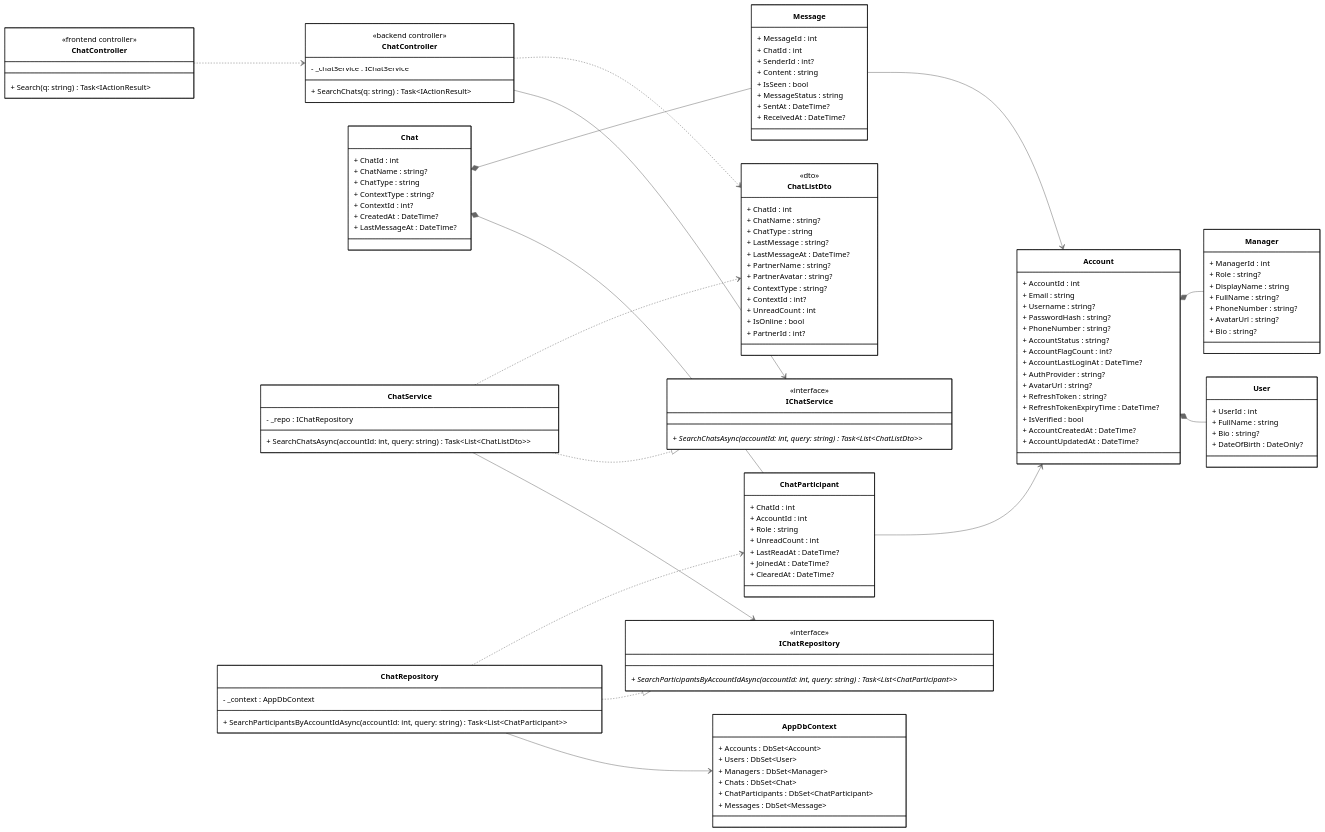
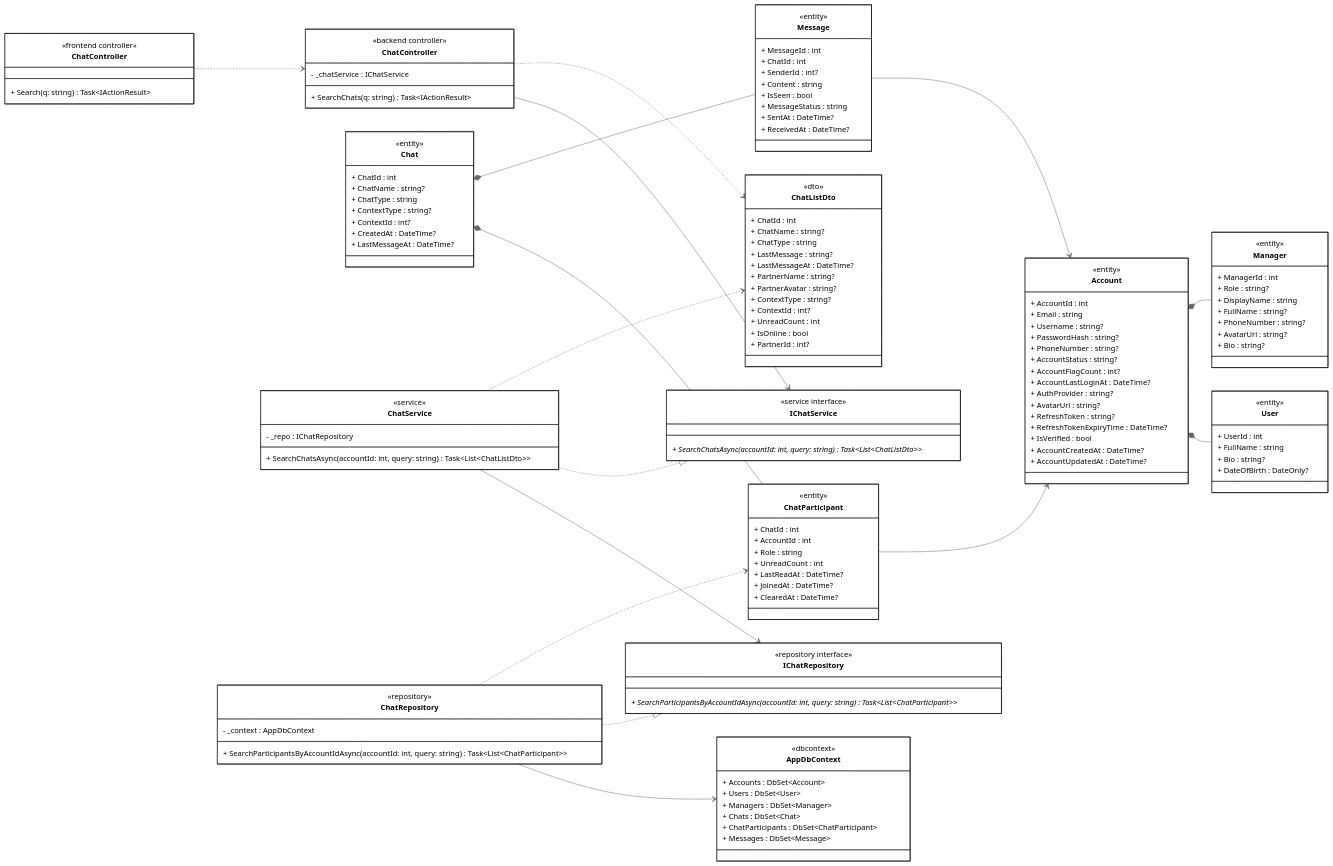
Before and after one commit to 1000do/Linked: the diagram in diagrams/class_mermaid/manage_chat/cls_mm_search_chat_history.mmd, drawn with Mermaid (neutral theme). The commit also changed 34 other files, not shown here.

Commit message:
docs: generate mermaid class diagrams and plantuml sequence diagrams for chat, notification, cart, and instructor application features

```diff
--- a/diagrams/class_mermaid/manage_chat/cls_mm_search_chat_history.mmd
+++ b/diagrams/class_mermaid/manage_chat/cls_mm_search_chat_history.mmd
@@ -1,171 +1,180 @@
 classDiagram
 direction LR
 
 %% ==================== FRONTEND ====================
 
 class FrontendController["ChatController"] {
     <<frontend controller>>
     + Search(q: string) Task~IActionResult~
 }
 
 %% ==================== BACKEND - CONTROLLER ====================
 
 class BackendController["ChatController"] {
     <<backend controller>>
     - _chatService : IChatService
     + SearchChats(q: string) Task~IActionResult~
 }
 
 %% ==================== BACKEND - DTOs ====================
 
 class ChatListDto {
     <<dto>>
     + ChatId : int
     + ChatName : string?
     + ChatType : string
     + LastMessage : string?
     + LastMessageAt : DateTime?
     + PartnerName : string?
     + PartnerAvatar : string?
     + ContextType : string?
     + ContextId : int?
     + UnreadCount : int
     + IsOnline : bool
     + PartnerId : int?
 }
 
 %% ==================== BACKEND - DOMAIN ENTITIES ====================
 
 class Chat {
+    <<entity>>
     + ChatId : int
     + ChatName : string?
     + ChatType : string
     + ContextType : string?
     + ContextId : int?
     + CreatedAt : DateTime?
     + LastMessageAt : DateTime?
 }
 
 class ChatParticipant {
+    <<entity>>
     + ChatId : int
     + AccountId : int
     + Role : string
     + UnreadCount : int
     + LastReadAt : DateTime?
     + JoinedAt : DateTime?
     + ClearedAt : DateTime?
 }
 
 class Message {
+    <<entity>>
     + MessageId : int
     + ChatId : int
     + SenderId : int?
     + Content : string
     + IsSeen : bool
     + MessageStatus : string
     + SentAt : DateTime?
     + ReceivedAt : DateTime?
 }
 
 class Account {
+    <<entity>>
     + AccountId : int
     + Email : string
     + Username : string?
     + PasswordHash : string?
     + PhoneNumber : string?
     + AccountStatus : string?
     + AccountFlagCount : int?
     + AccountLastLoginAt : DateTime?
     + AuthProvider : string?
     + AvatarUrl : string?
     + RefreshToken : string?
     + RefreshTokenExpiryTime : DateTime?
     + IsVerified : bool
     + AccountCreatedAt : DateTime?
     + AccountUpdatedAt : DateTime?
 }
 
 class User {
+    <<entity>>
     + UserId : int
     + FullName : string
     + Bio : string?
     + DateOfBirth : DateOnly?
 }
 
 class Manager {
+    <<entity>>
     + ManagerId : int
     + Role : string?
     + DisplayName : string
     + FullName : string?
     + PhoneNumber : string?
     + AvatarUrl : string?
     + Bio : string?
 }
 
 %% ==================== BACKEND - SERVICE INTERFACES ====================
 
 class IChatService {
-    <<interface>>
+    <<service interface>>
     + SearchChatsAsync(accountId: int, query: string) Task~List~ChatListDto~~ *
 }
 
 %% ==================== BACKEND - REPOSITORY INTERFACES ====================
 
 class IChatRepository {
-    <<interface>>
+    <<repository interface>>
     + SearchParticipantsByAccountIdAsync(accountId: int, query: string) Task~List~ChatParticipant~~ *
 }
 
 %% ==================== BACKEND - SERVICE IMPLEMENTATION ====================
 
 class ChatService {
+    <<service>>
     - _repo : IChatRepository
     + SearchChatsAsync(accountId: int, query: string) Task~List~ChatListDto~~
 }
 
 %% ==================== BACKEND - REPOSITORY IMPLEMENTATION ====================
 
 class ChatRepository {
+    <<repository>>
     - _context : AppDbContext
     + SearchParticipantsByAccountIdAsync(accountId: int, query: string) Task~List~ChatParticipant~~
 }
 
 %% ==================== BACKEND - DbContext ====================
 
 class AppDbContext {
+    <<dbcontext>>
     + Accounts : DbSet~Account~
     + Users : DbSet~User~
     + Managers : DbSet~Manager~
     + Chats : DbSet~Chat~
     + ChatParticipants : DbSet~ChatParticipant~
     + Messages : DbSet~Message~
 }
 
 %% ==================== RELATIONSHIPS ====================
 
 %% === COMPOSITION (filled diamond) ===
 Account *-- User
 Account *-- Manager
 Chat *-- ChatParticipant
 Chat *-- Message
 
 %% === UNIDIRECTIONAL ASSOCIATION (solid arrow) ===
 ChatParticipant --> Account
 Message --> Account
 BackendController --> IChatService
 ChatService --> IChatRepository
 ChatRepository --> AppDbContext
 
 %% === INTERFACE REALIZATION ===
 ChatService ..|> IChatService
 ChatRepository ..|> IChatRepository
 
 %% === DEPENDENCY (dashed arrows) ===
 FrontendController ..> BackendController
 BackendController ..> ChatListDto
 ChatService ..> ChatListDto
 ChatRepository ..> ChatParticipant
 
 %% ==================== STYLES ====================
 
 classDef default fill:#FFFFFF,stroke:#000000,stroke-width:1px,color:#000000
```
